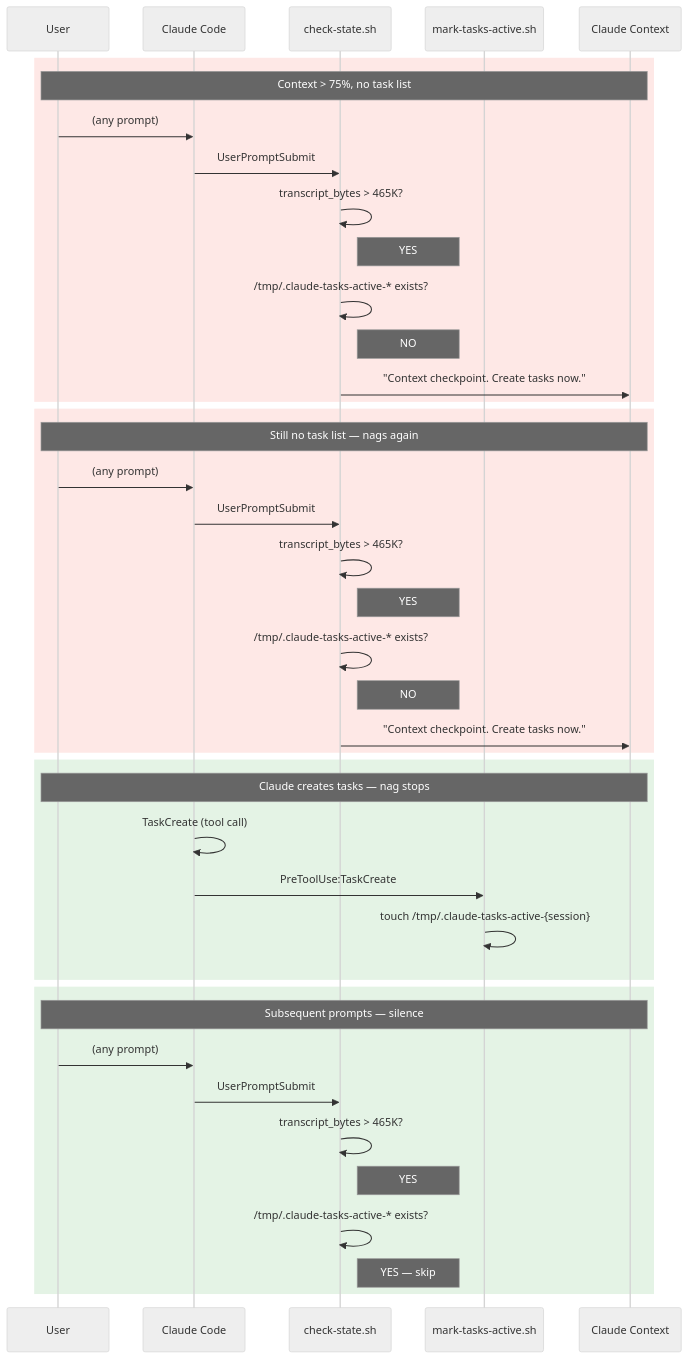
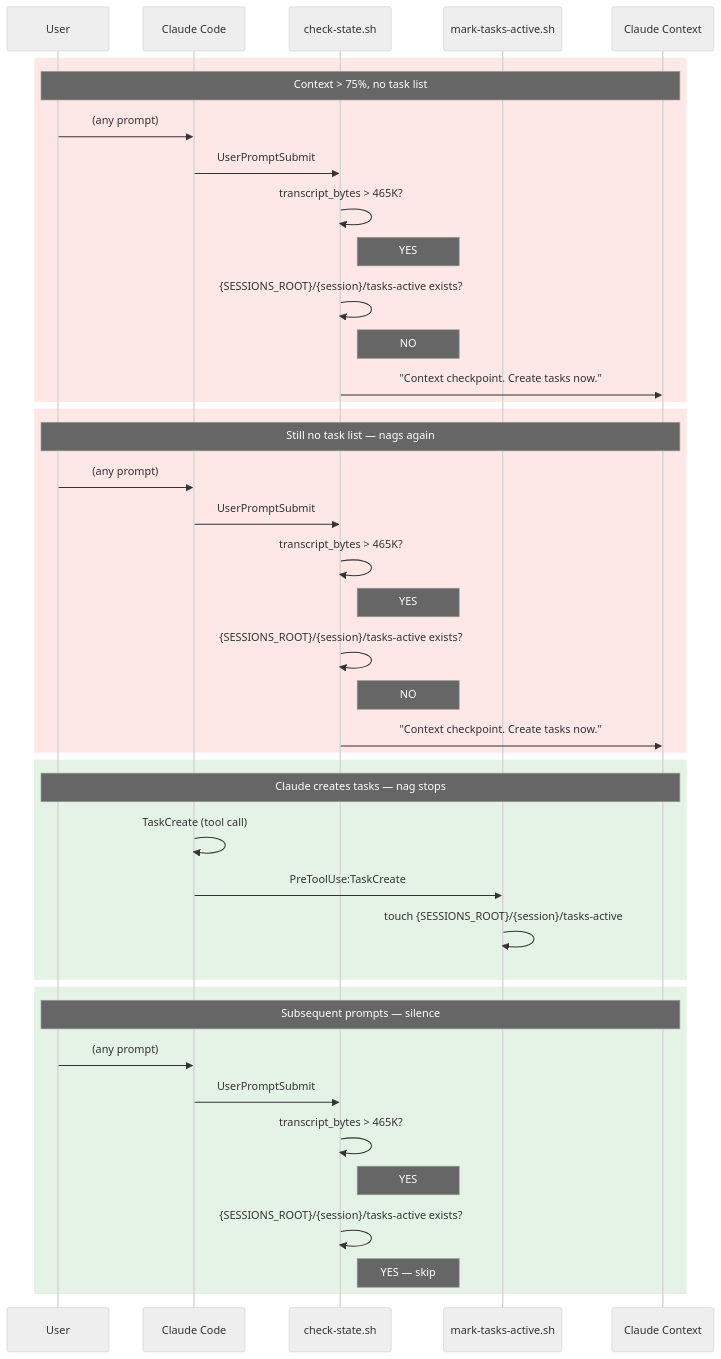
One commit to ZZirbel/claude-code-config changed the fourth of 6 diagrams in docs/hooks-and-ways.md. Above: the diagram before and after it, drawn with Mermaid (neutral theme). The commit also changed other lines of this file and 21 other files, not shown here.

````diff
--- a/docs/hooks-and-ways.md
+++ b/docs/hooks-and-ways.md
@@ -273,47 +269,47 @@
 ```mermaid
 sequenceDiagram
     participant U as User
     participant CC as Claude Code
     participant CS as check-state.sh
     participant MT as mark-tasks-active.sh
     participant Ctx as Claude Context
 
     rect rgba(244, 67, 54, 0.12)
         Note over U,Ctx: Context > 75%, no task list
         U->>CC: (any prompt)
         CC->>CS: UserPromptSubmit
         CS->>CS: transcript_bytes > 465K?
         Note right of CS: YES
-        CS->>CS: /tmp/.claude-tasks-active-* exists?
+        CS->>CS: {SESSIONS_ROOT}/{session}/tasks-active exists?
         Note right of CS: NO
         CS->>Ctx: "Context checkpoint. Create tasks now."
     end
 
     rect rgba(244, 67, 54, 0.12)
         Note over U,Ctx: Still no task list — nags again
         U->>CC: (any prompt)
         CC->>CS: UserPromptSubmit
         CS->>CS: transcript_bytes > 465K?
         Note right of CS: YES
-        CS->>CS: /tmp/.claude-tasks-active-* exists?
+        CS->>CS: {SESSIONS_ROOT}/{session}/tasks-active exists?
         Note right of CS: NO
         CS->>Ctx: "Context checkpoint. Create tasks now."
     end
 
     rect rgba(76, 175, 80, 0.15)
         Note over U,Ctx: Claude creates tasks — nag stops
         CC->>CC: TaskCreate (tool call)
         CC->>MT: PreToolUse:TaskCreate
-        MT->>MT: touch /tmp/.claude-tasks-active-{session}
+        MT->>MT: touch {SESSIONS_ROOT}/{session}/tasks-active
     end
 
     rect rgba(76, 175, 80, 0.15)
         Note over U,Ctx: Subsequent prompts — silence
         U->>CC: (any prompt)
         CC->>CS: UserPromptSubmit
         CS->>CS: transcript_bytes > 465K?
         Note right of CS: YES
-        CS->>CS: /tmp/.claude-tasks-active-* exists?
+        CS->>CS: {SESSIONS_ROOT}/{session}/tasks-active exists?
         Note right of CS: YES — skip
     end
 ```
````
